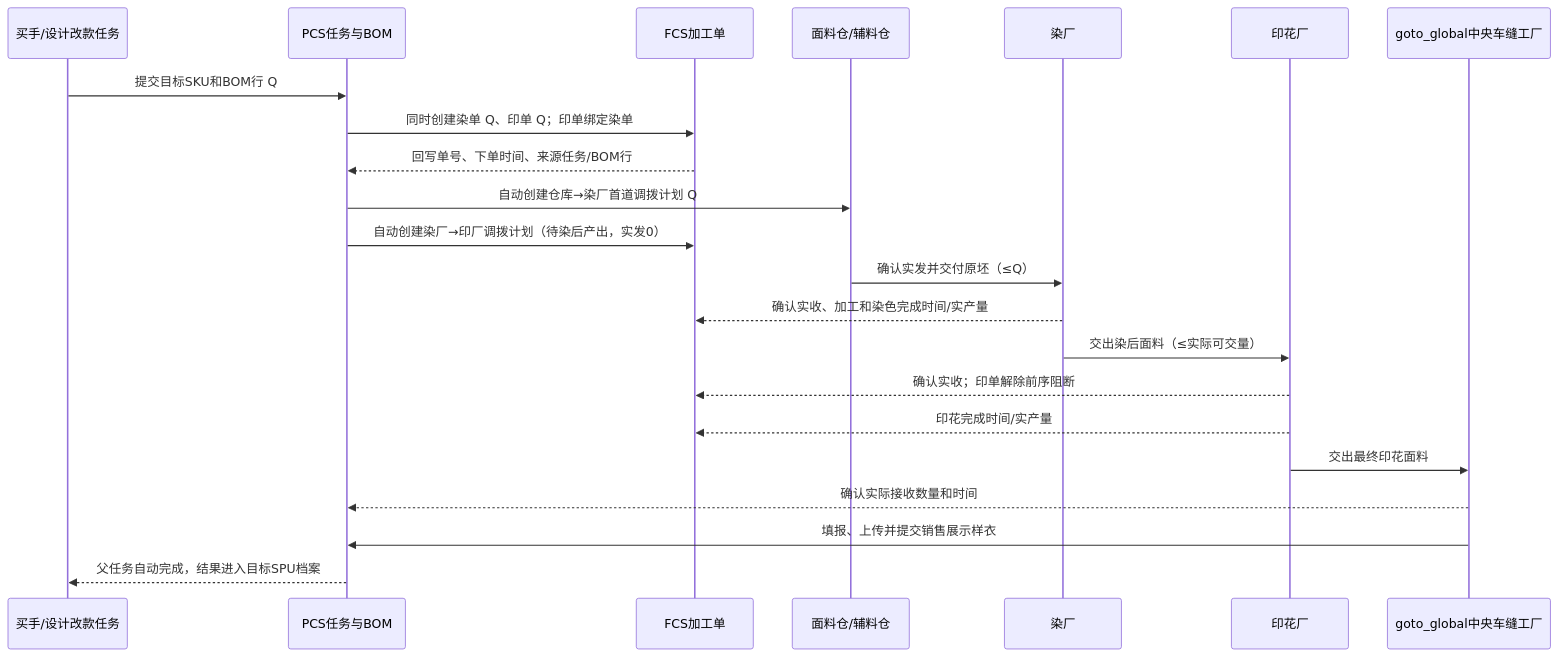
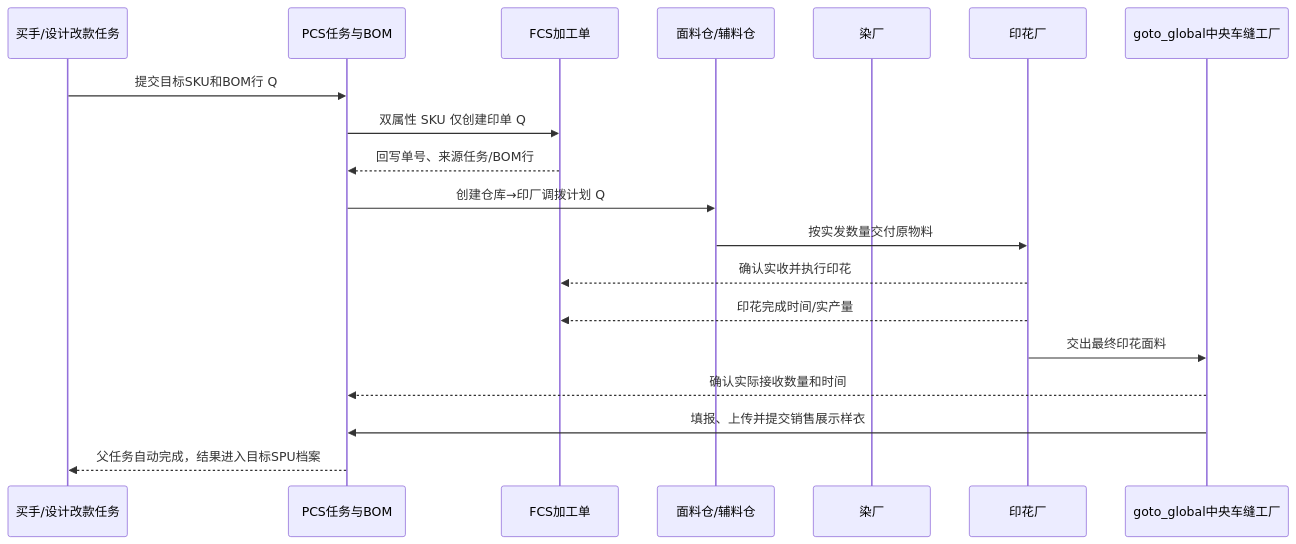
The second of 3 diagrams in docs/product-design/PCS设计改款任务产品调整方案-2026-09-23.md (laoertongxue/higoods), drawn with Mermaid before and after one commit. The commit also changed other lines of this file and 17 other files, not shown here.

````diff
--- a/docs/product-design/PCS设计改款任务产品调整方案-2026-09-23.md
+++ b/docs/product-design/PCS设计改款任务产品调整方案-2026-09-23.md
@@ -108,24 +104,21 @@
 ```mermaid
 sequenceDiagram
   participant B as 买手/设计改款任务
   participant PCS as PCS任务与BOM
   participant FCS as FCS加工单
   participant W as 面料仓/辅料仓
   participant D as 染厂
   participant P as 印花厂
   participant G as goto_global中央车缝工厂
   B->>PCS: 提交目标SKU和BOM行 Q
-  PCS->>FCS: 同时创建染单 Q、印单 Q；印单绑定染单
-  FCS-->>PCS: 回写单号、下单时间、来源任务/BOM行
-  PCS->>W: 自动创建仓库→染厂首道调拨计划 Q
-  PCS->>FCS: 自动创建染厂→印厂调拨计划（待染后产出，实发0）
-  W->>D: 确认实发并交付原坯（≤Q）
-  D-->>FCS: 确认实收、加工和染色完成时间/实产量
-  D->>P: 交出染后面料（≤实际可交量）
-  P-->>FCS: 确认实收；印单解除前序阻断
+  PCS->>FCS: 双属性 SKU 仅创建印单 Q
+  FCS-->>PCS: 回写单号、来源任务/BOM行
+  PCS->>W: 创建仓库→印厂调拨计划 Q
+  W->>P: 按实发数量交付原物料
+  P-->>FCS: 确认实收并执行印花
   P-->>FCS: 印花完成时间/实产量
   P->>G: 交出最终印花面料
   G-->>PCS: 确认实际接收数量和时间
   G->>PCS: 填报、上传并提交销售展示样衣
   PCS-->>B: 父任务自动完成，结果进入目标SPU档案
 ```
````
